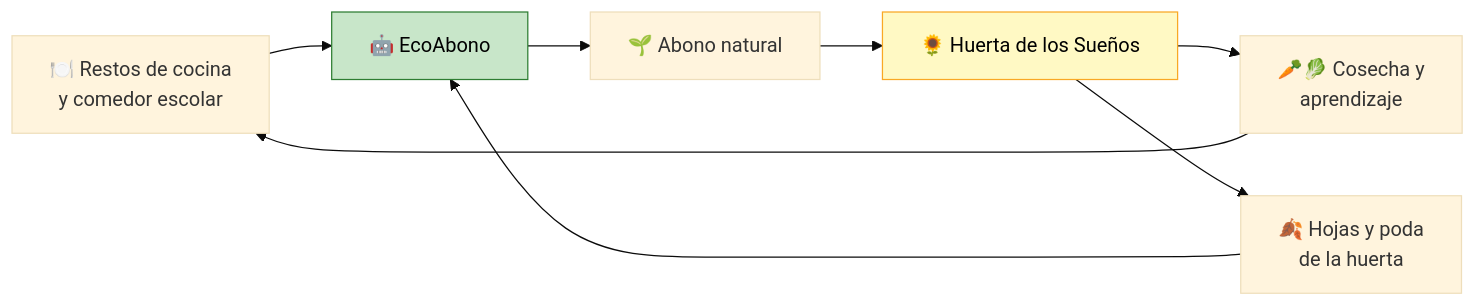
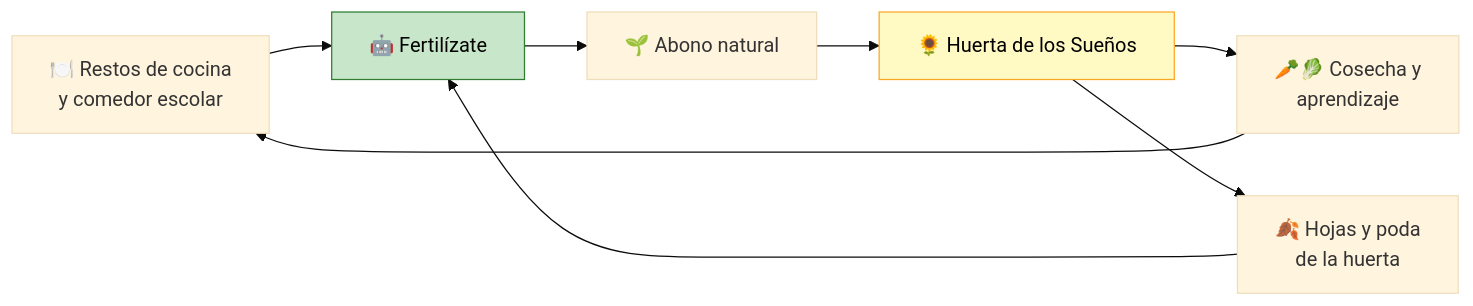
One commit to jorgeluisgarcialancheroscarril-bit/Jorge-Garcia-Lancheros changed the fourth of 4 diagrams in README.md. Above: the diagram before and after it, drawn with Mermaid (base theme). The commit also changed other lines of this file and 35 other files, not shown here.

````diff
--- a/README.md
+++ b/README.md
@@ -600,13 +600,13 @@
 ```mermaid
 flowchart LR
     A["🍽️ Restos de cocina<br/>y comedor escolar"] --> M
     B["🍂 Hojas y poda<br/>de la huerta"] --> M
-    M["🤖 EcoAbono"] --> C["🌱 Abono natural"]
+    M["🤖 Fertilízate"] --> C["🌱 Abono natural"]
     C --> D["🌻 Huerta de los Sueños"]
     D --> E["🥕🥬 Cosecha y<br/>aprendizaje"]
     E --> A
     D --> B
 
     style M fill:#c8e6c9,stroke:#2e7d32,color:#000
     style D fill:#fff9c4,stroke:#f9a825,color:#000
 ```
````
